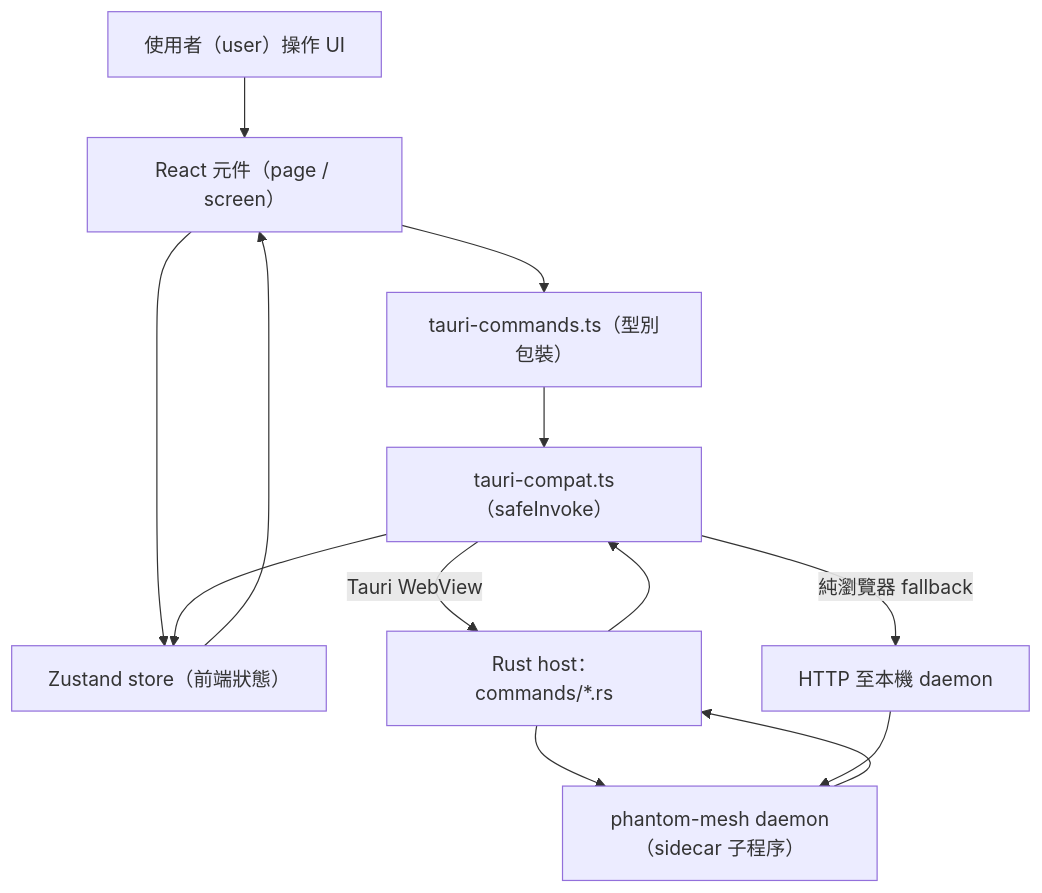
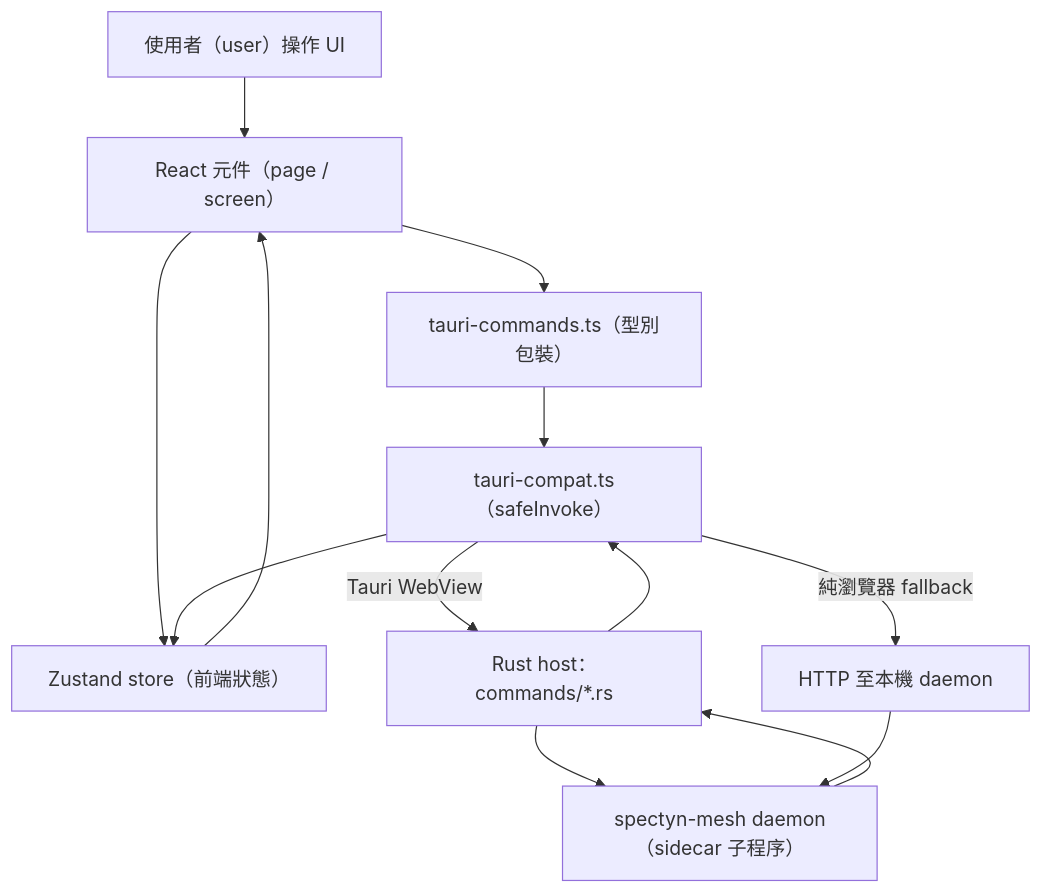
One commit to markl-a/phantom-mesh changed the diagram in docs/architecture/app-tauri-frontend.md. Above: the diagram before and after it, drawn with Mermaid. The commit also changed other lines of this file and 1245 other files, not shown here.

First line of the commit message:
rename: phantom -> spectyn across the public tree

````diff
--- a/docs/architecture/app-tauri-frontend.md
+++ b/docs/architecture/app-tauri-frontend.md
@@ -49,15 +49,15 @@
 ```mermaid
 flowchart TD
   user["使用者（user）操作 UI"] --> react["React 元件（page / screen）"]
   react --> store["Zustand store（前端狀態）"]
   react --> wrap["tauri-commands.ts（型別包裝）"]
   wrap --> compat["tauri-compat.ts（safeInvoke）"]
   compat -->|"Tauri WebView"| rust["Rust host：commands/*.rs"]
   compat -->|"純瀏覽器 fallback"| http["HTTP 至本機 daemon"]
-  rust --> daemon["phantom-mesh daemon（sidecar 子程序）"]
+  rust --> daemon["spectyn-mesh daemon（sidecar 子程序）"]
   http --> daemon
   daemon --> rust
   rust --> compat
   compat --> store
   store --> react
 ```
````
